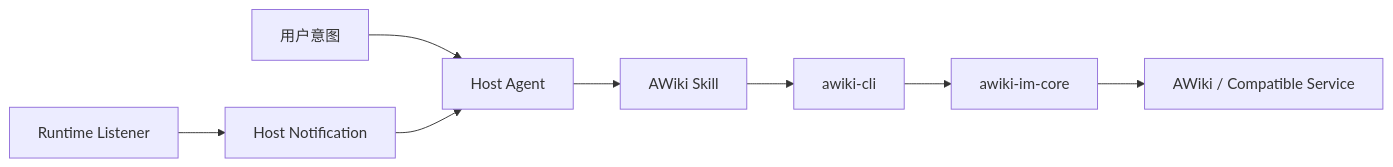
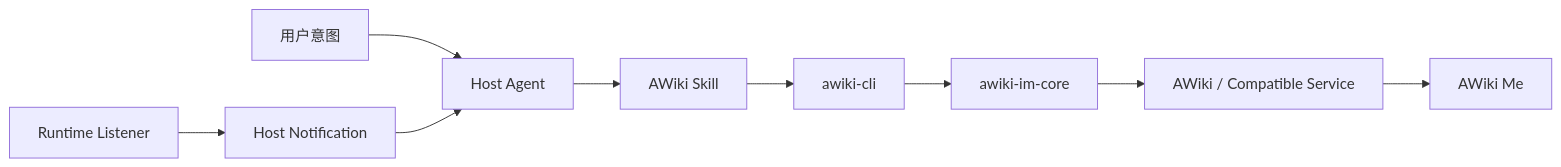
The diagram in docs/agent-integration.zh-CN.md (AgentConnect/awiki-cli-rs2), drawn with Mermaid before and after one commit. The commit also changed other lines of this file and 8 other files, not shown here.

Commit message:
feat: add Coding Agent notify skill

````diff
--- a/docs/agent-integration.zh-CN.md
+++ b/docs/agent-integration.zh-CN.md
@@ -9,10 +9,11 @@
 ```mermaid
 flowchart LR
     User[用户意图] --> Agent[Host Agent]
     Agent --> Skill[AWiki Skill]
     Skill --> CLI[awiki-cli]
     CLI --> Core[awiki-im-core]
     Core --> Service[AWiki / Compatible Service]
-    Listener[Runtime Listener] --> Notify[Host Notification]
-    Notify --> Agent
+    Service --> App[AWiki Me]
+    Listener[Runtime Listener] --> HostNotify[Host Notification]
+    HostNotify --> Agent
 ```
````
